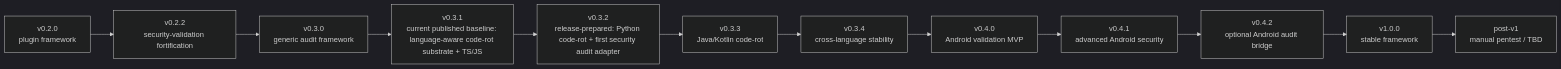
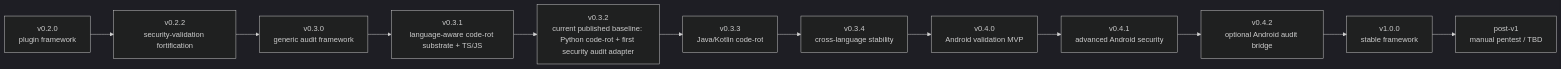
Before and after one commit to dailephd/my-dev-kit-lab: the diagram in docs/ROADMAP.md, drawn with Mermaid (dark theme). The commit also changed other lines of this file and 8 other files, not shown here.

````diff
--- a/docs/ROADMAP.md
+++ b/docs/ROADMAP.md
@@ -9,14 +9,14 @@
 ```mermaid
 flowchart LR
   A[v0.2.0<br/>plugin framework] --> B[v0.2.2<br/>security-validation fortification]
   B --> C[v0.3.0<br/>generic audit framework]
-  C --> D[v0.3.1<br/>current published baseline: language-aware code-rot substrate + TS/JS]
-  D --> E[v0.3.2<br/>release-prepared: Python code-rot + first security audit adapter]
+  C --> D[v0.3.1<br/>language-aware code-rot substrate + TS/JS]
+  D --> E[v0.3.2<br/>current published baseline: Python code-rot + first security audit adapter]
   E --> F[v0.3.3<br/>Java/Kotlin code-rot]
   F --> G[v0.3.4<br/>cross-language stability]
   G --> H[v0.4.0<br/>Android validation MVP]
   H --> I[v0.4.1<br/>advanced Android security]
   I --> J[v0.4.2<br/>optional Android audit bridge]
   J --> K[v1.0.0<br/>stable framework]
   K --> L[post-v1<br/>manual pentest / TBD]
 ```
````
